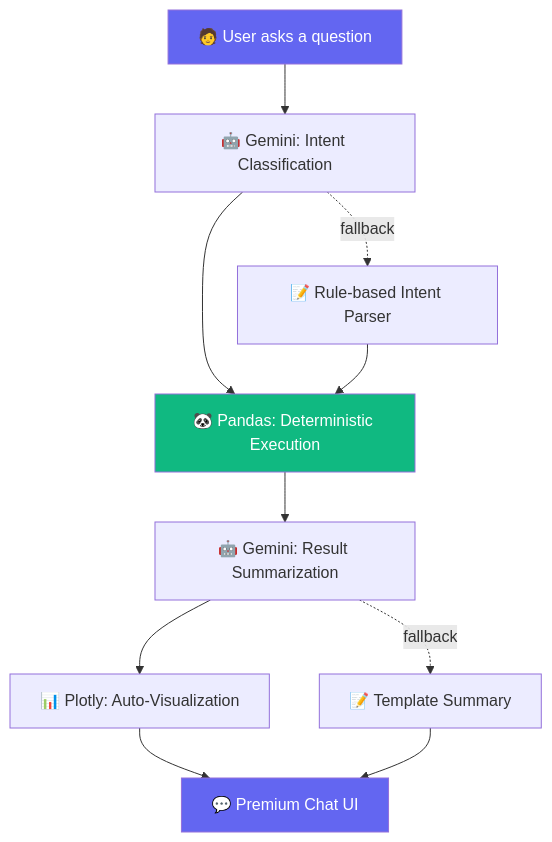
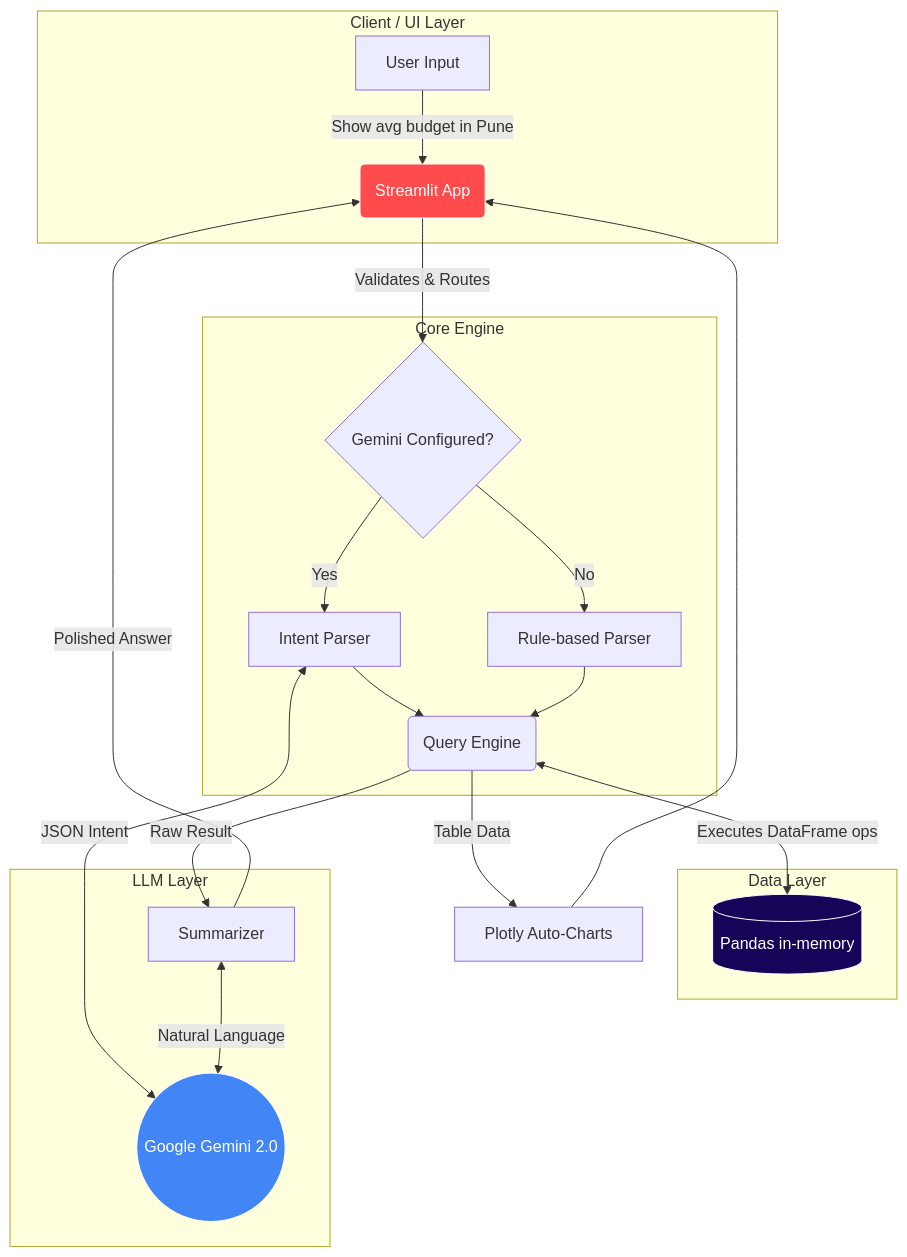
The diagram in README.md (AkankshaShirke3107/Customer-Data-AI-Assistant), drawn with Mermaid before and after one commit. The commit also changed other lines of this file, not shown here.

Commit message:
docs: upgrade README to premium world-class standard

````diff
--- a/README.md
+++ b/README.md
@@ -20,17 +73,32 @@
 ```mermaid
 flowchart TD
-    A["🧑 User asks a question"] --> B["🤖 Gemini: Intent Classification"]
-    B --> C["🐼 Pandas: Deterministic Execution"]
-    C --> D["🤖 Gemini: Result Summarization"]
-    D --> E["📊 Plotly: Auto-Visualization"]
-    E --> F["💬 Premium Chat UI"]
-    
-    B -.->|"fallback"| G["📝 Rule-based Intent Parser"]
-    G --> C
-    D -.->|"fallback"| H["📝 Template Summary"]
-    H --> F
-    
-    style A fill:#6366F1,color:#fff
-    style C fill:#10B981,color:#fff
-    style F fill:#6366F1,color:#fff
+    subgraph UI [Client / UI Layer]
+        A[User Input] --> |"Show avg budget in Pune"| B(Streamlit App)
+    end
+
+    subgraph Logic [Core Engine]
+        B --> |Validates & Routes| C{Gemini Configured?}
+        C --> |Yes| D[Intent Parser]
+        C --> |No| E[Rule-based Parser]
+        D --> F(Query Engine)
+        E --> F
+    end
+
+    subgraph Data [Data Layer]
+        F <--> |Executes DataFrame ops| G[(Pandas in-memory)]
+    end
+
+    subgraph External [LLM Layer]
+        D <--> |"JSON Intent"| H((Google Gemini 2.0))
+        I[Summarizer] <--> |"Natural Language"| H
+    end
+
+    F --> |"Raw Result"| I
+    I --> |"Polished Answer"| B
+    F --> |"Table Data"| J[Plotly Auto-Charts]
+    J --> B
+
+    style H fill:#4285F4,color:#fff,stroke:#fff
+    style G fill:#150458,color:#fff,stroke:#fff
+    style B fill:#FF4B4B,color:#fff,stroke:#fff
 ```
````
